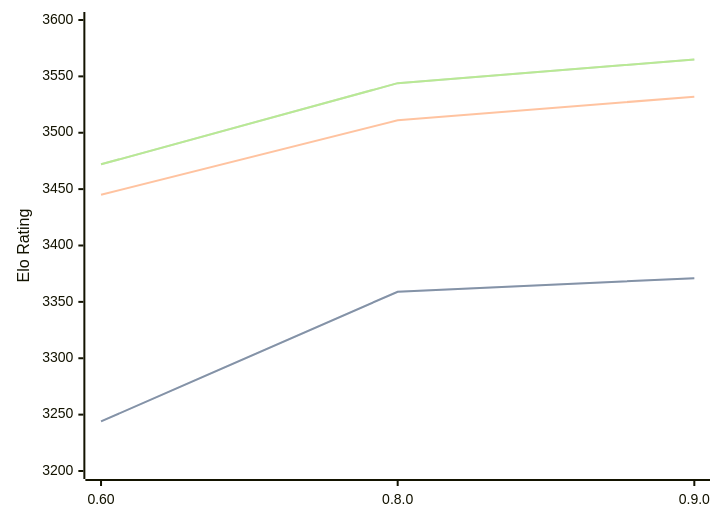
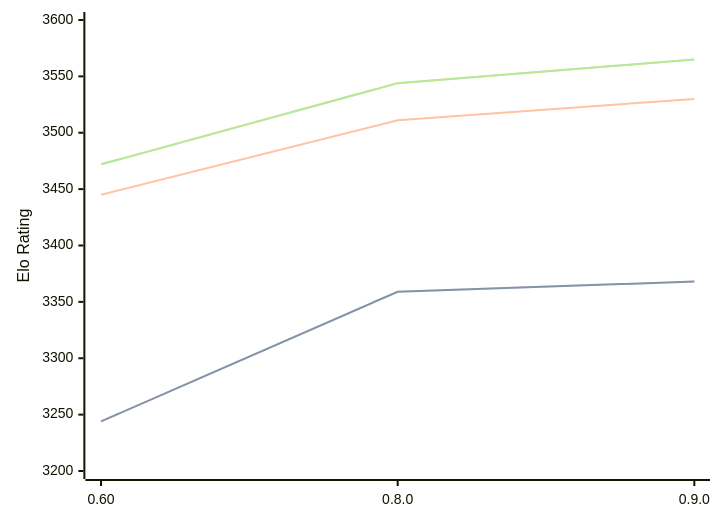
One commit to computer-chess-index/cci changed the diagram in engines/Motor.md. Above: the diagram before and after it, drawn with Mermaid. The commit also changed other lines of this file, not shown here.

Commit message:
Update CCI Ratings (ELO VLTC) - 2026-03-18

````diff
--- a/engines/Motor.md
+++ b/engines/Motor.md
@@ -37,11 +37,11 @@
 ```mermaid
 %%{init: {"theme":"base","themeVariables":{"seriesColors:['#a3a3a3','#222221','#faa371']}}}%%
 xychart-beta
   x-axis ["0.60", "0.8.0", "0.9.0"]
   y-axis "Elo Rating" 3200 --> 3600
-  line "STC (8.0+0.08s)" [3244, 3359, 3371]
-  line "STC (8.0+0.08s)" [3244, 3359, 3371]
-  line "LTC (60.0+0.60s)" [3445, 3511, 3532]
+  line "STC (8.0+0.08s)" [3244, 3359, 3368]
+  line "STC (8.0+0.08s)" [3244, 3359, 3368]
+  line "LTC (60.0+0.60s)" [3445, 3511, 3530]
   line "VLTC (2m24s+1.12s)" [3472, 3544, 3565]
   line "VLTC (2m24s+1.12s)" [3472, 3544, 3565]
 ```
````
